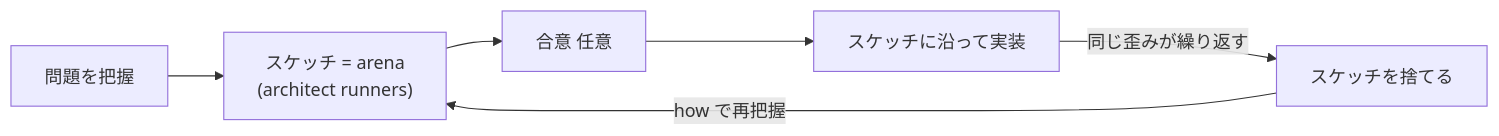
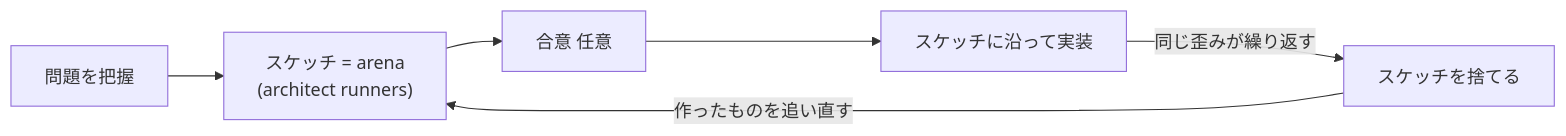
The sixth of 12 diagrams in pstack-cc/docs/skill-map.ja.md (souljazzfunk/lab), drawn with Mermaid before and after one commit. The commit also changed other lines of this file and 116 other files, not shown here.

````diff
--- a/pstack-cc/docs/skill-map.ja.md
+++ b/pstack-cc/docs/skill-map.ja.md
@@ -144,8 +136,8 @@
 ```mermaid
 flowchart LR
   A[問題を把握] --> B["スケッチ = arena<br/>(architect runners)"]
   B --> C[合意 任意]
   C --> D[スケッチに沿って実装]
   D -->|同じ歪みが繰り返す| E[スケッチを捨てる]
-  E -->|how で再把握| B
+  E -->|作ったものを追い直す| B
 ```
````
